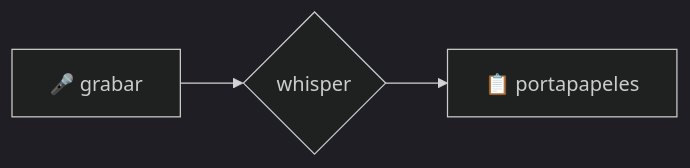
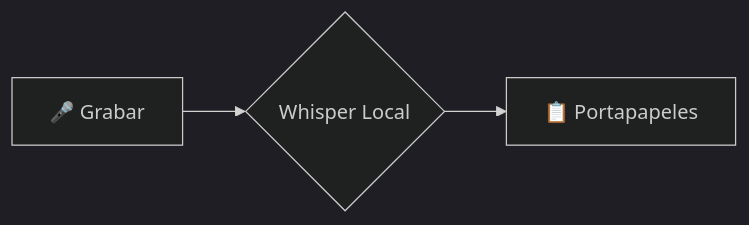
One commit to zarvent/v2m-lab changed the first of 2 diagrams in LEEME.md. Above: the diagram before and after it, drawn with Mermaid (dark theme). The commit also changed other lines of this file and 12 other files, not shown here.

````diff
--- a/LEEME.md
+++ b/LEEME.md
@@ -52,5 +57,5 @@
 ```mermaid
 flowchart LR
-A[🎤 grabar] --> B{whisper}
-B --> C[📋 portapapeles]
+    A[🎤 Grabar] --> B{Whisper Local}
+    B --> C[📋 Portapapeles]
 ```
````
